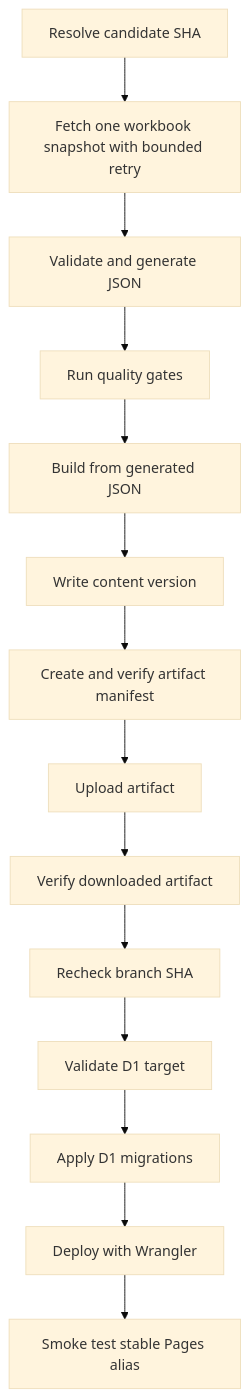
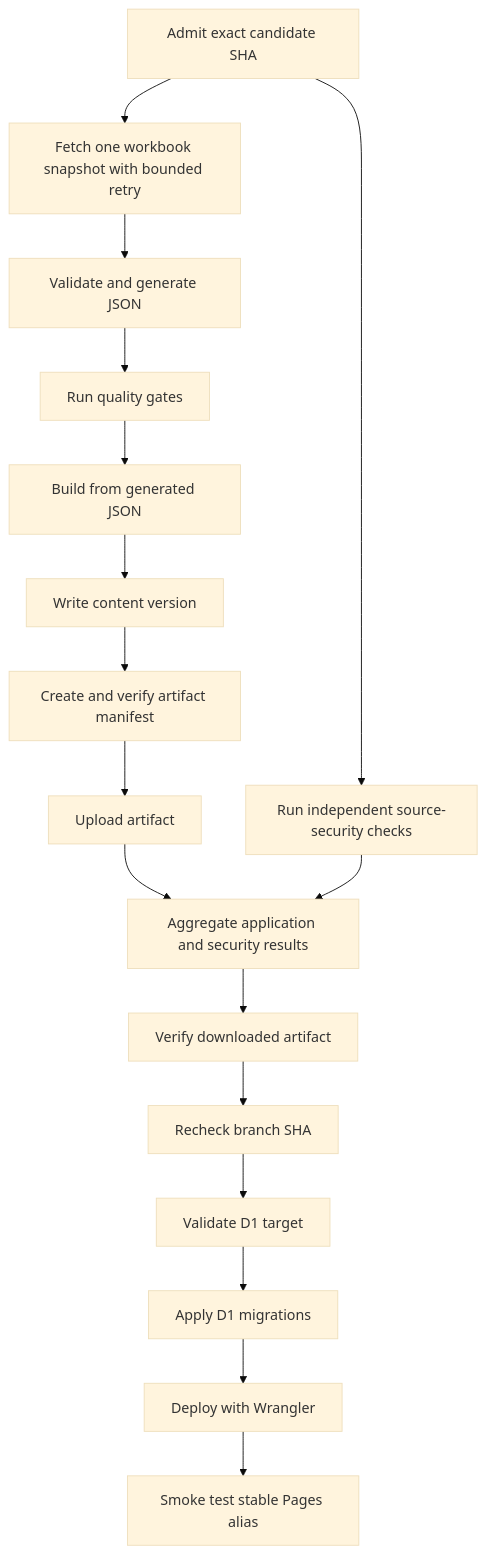
The diagram in docs/operations/DEPLOYMENT.md (nicolasgioanni/Smart-Porfolio), drawn with Mermaid (base theme) before and after one commit. The commit also changed other lines of this file, not shown here.

````diff
--- a/docs/operations/DEPLOYMENT.md
+++ b/docs/operations/DEPLOYMENT.md
@@ -194,16 +194,19 @@
 ```mermaid
 flowchart TD
-    A[Resolve candidate SHA] --> B[Fetch one workbook snapshot with bounded retry]
+    A[Admit exact candidate SHA] --> B[Fetch one workbook snapshot with bounded retry]
+    A --> S[Run independent source-security checks]
     B --> C[Validate and generate JSON]
     C --> D[Run quality gates]
     D --> E[Build from generated JSON]
     E --> F[Write content version]
     F --> G[Create and verify artifact manifest]
     G --> H[Upload artifact]
-    H --> I[Verify downloaded artifact]
+    H --> V[Aggregate application and security results]
+    S --> V
+    V --> I[Verify downloaded artifact]
     I --> J[Recheck branch SHA]
     J --> K[Validate D1 target]
     K --> L[Apply D1 migrations]
     L --> M[Deploy with Wrangler]
     M --> N[Smoke test stable Pages alias]
 ```
````
